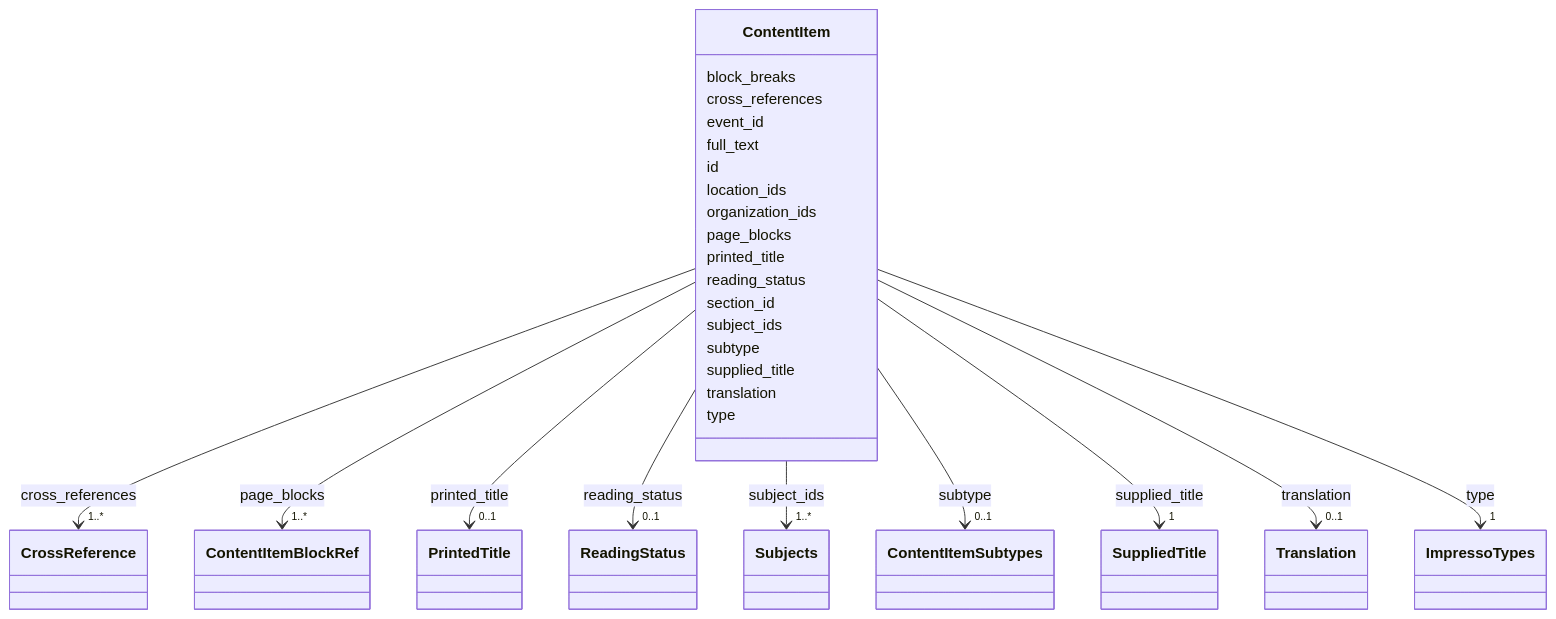
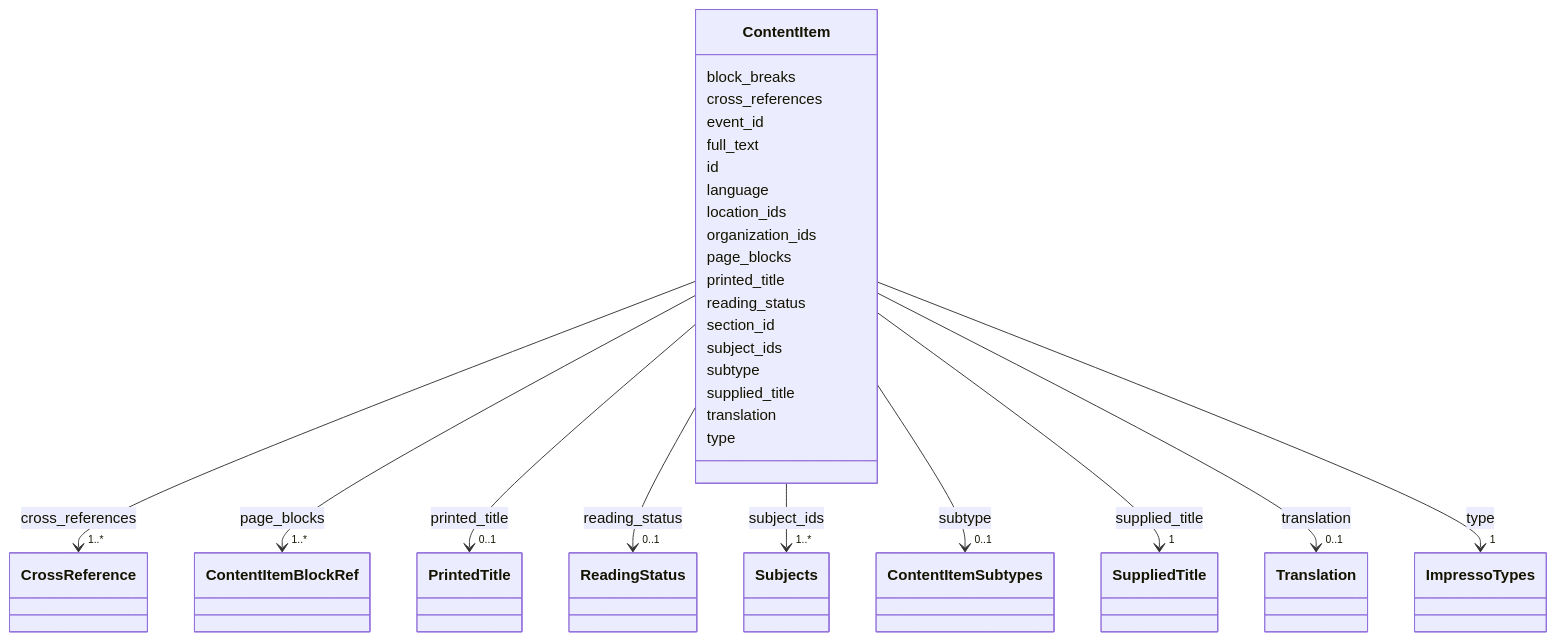
One commit to dsmedia/pruzhany-schema changed the diagram in linkml/generated/docs/content_items/ContentItem.md. Above: the diagram before and after it, drawn with Mermaid. The commit also changed other lines of this file and 26 other files, not shown here.

First line of the commit message:
Add the printed language of a ContentItem (#56)

```diff
--- a/linkml/generated/docs/content_items/ContentItem.md
+++ b/linkml/generated/docs/content_items/ContentItem.md
@@ -42,6 +42,8 @@
       ContentItem : full_text
         
       ContentItem : id
+        
+      ContentItem : language
         
       ContentItem : location_ids
         
```
